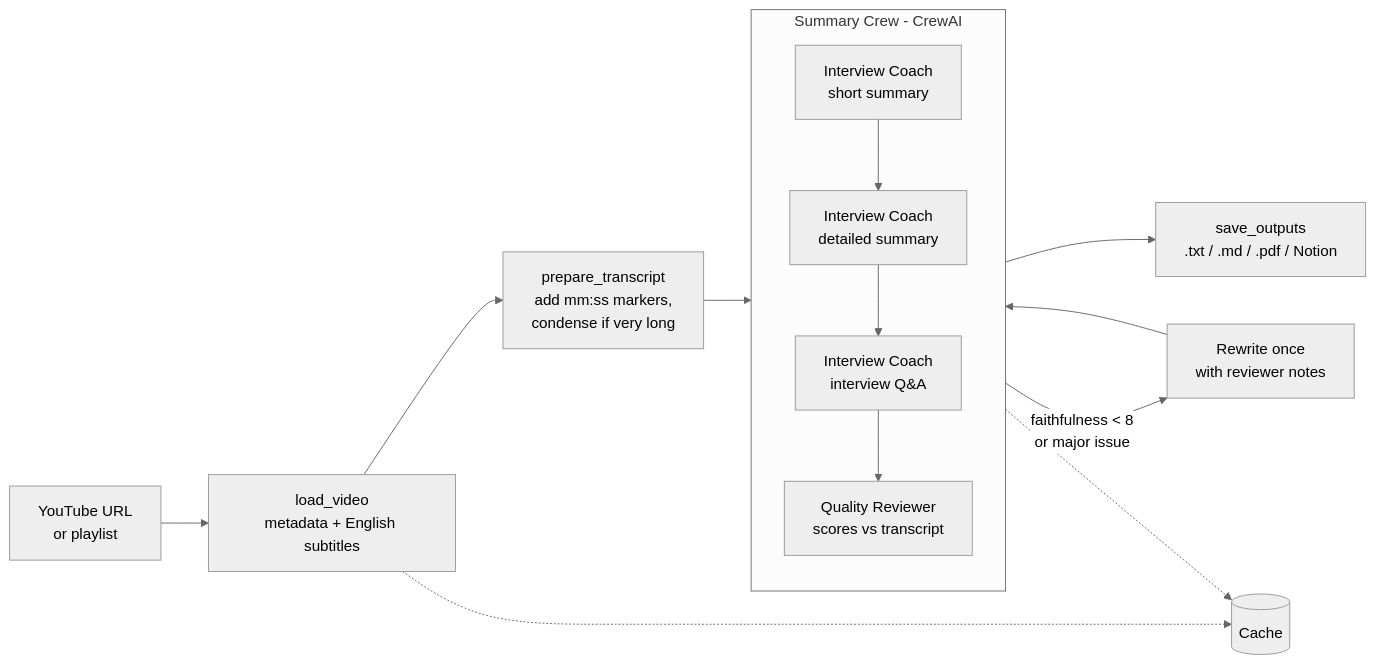
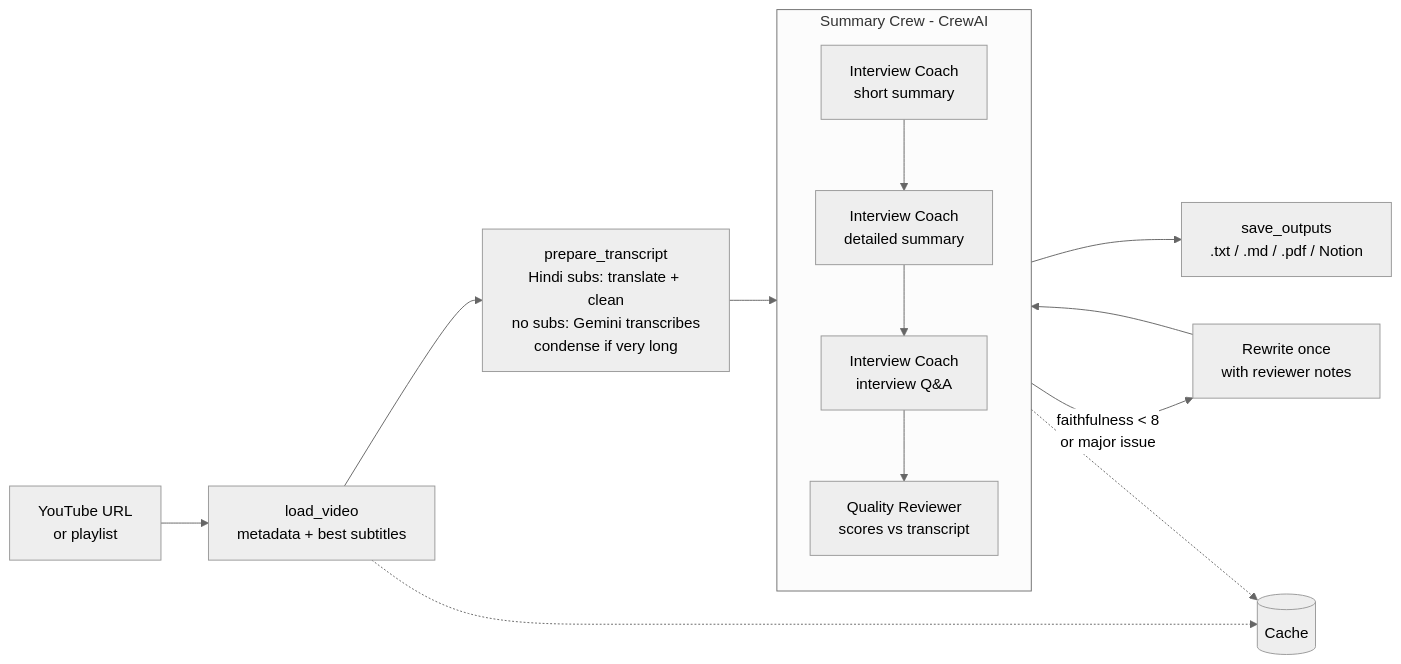
Before and after one commit to yash4991/yt-summarize: the diagram in README.md, drawn with Mermaid (neutral theme). The commit also changed other lines of this file and 20 other files, not shown here.

First line of the commit message:
Switch to Gemini 2.5 Flash and support Hindi or missing subtitles

````diff
--- a/README.md
+++ b/README.md
@@ -17,16 +17,16 @@
 ```mermaid
 flowchart LR
-    A[YouTube URL<br/>or playlist] --> B[load_video<br/>metadata + English subtitles]
-    B --> C[prepare_transcript<br/>add mm:ss markers,<br/>condense if very long]
+    A[YouTube URL<br/>or playlist] --> B[load_video<br/>metadata + best subtitles]
+    B --> C[prepare_transcript<br/>Hindi subs: translate + clean<br/>no subs: Gemini transcribes<br/>condense if very long]
     C --> D{{Summary Crew}}
     subgraph D [Summary Crew - CrewAI]
       direction TB
       D1[Interview Coach<br/>short summary] --> D2[Interview Coach<br/>detailed summary]
       D2 --> D3[Interview Coach<br/>interview Q&A]
       D3 --> D4[Quality Reviewer<br/>scores vs transcript]
     end
     D -- faithfulness < 8<br/>or major issue --> R[Rewrite once<br/>with reviewer notes] --> D
     D --> E[save_outputs<br/>.txt / .md / .pdf / Notion]
     B -.-> K[(Cache)]
     D -.-> K
 ```
````
